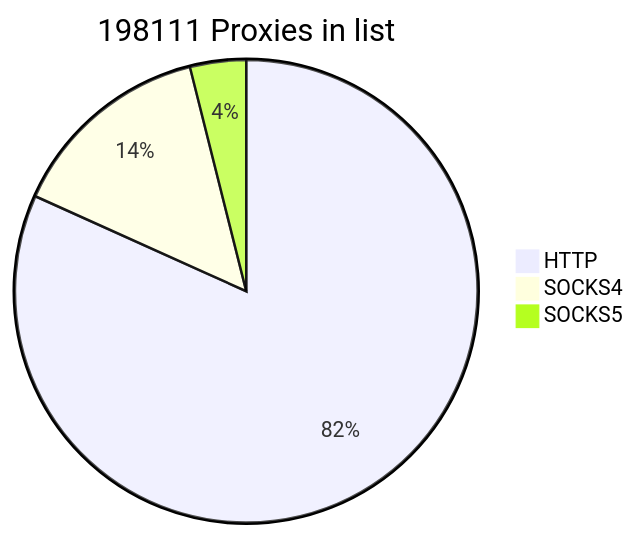
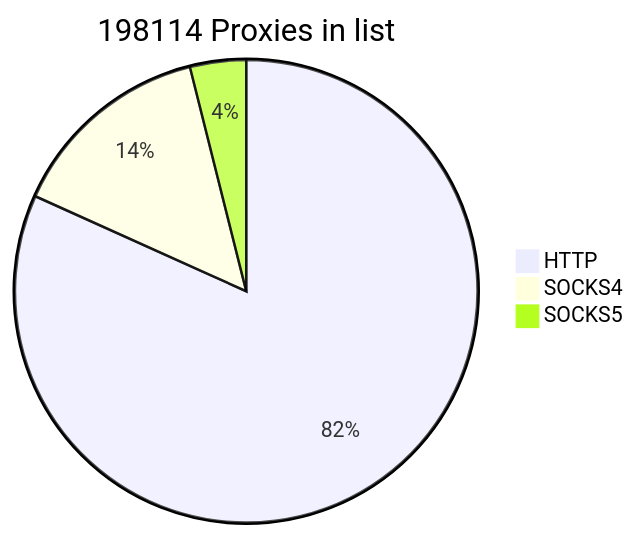
The first of 2 diagrams in README.md (cutipu/proxylist), drawn with Mermaid before and after one commit. The commit also changed other lines of this file, not shown here.

````diff
--- a/README.md
+++ b/README.md
@@ -2,7 +2,7 @@
 ```mermaid
-pie title 198111 Proxies in list
-    "HTTP" : 161930
-    "SOCKS4" : 28425
-    "SOCKS5" : 7756
+pie title 198114 Proxies in list
+    "HTTP" : 161933
+    "SOCKS4" : 28424
+    "SOCKS5" : 7757
             
 ```
````
